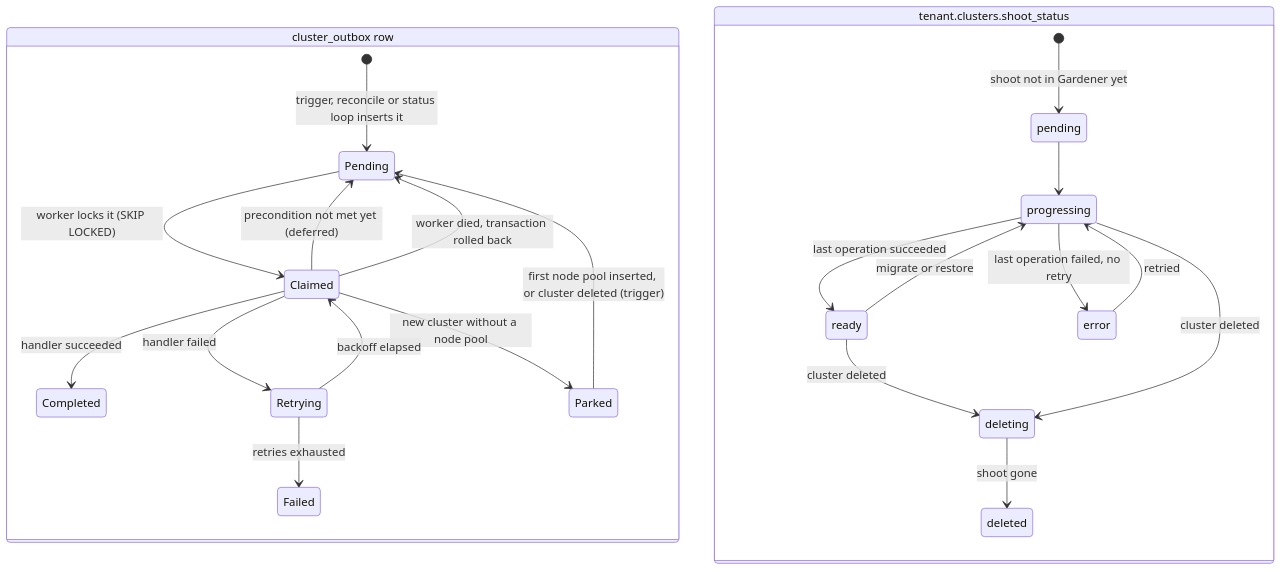
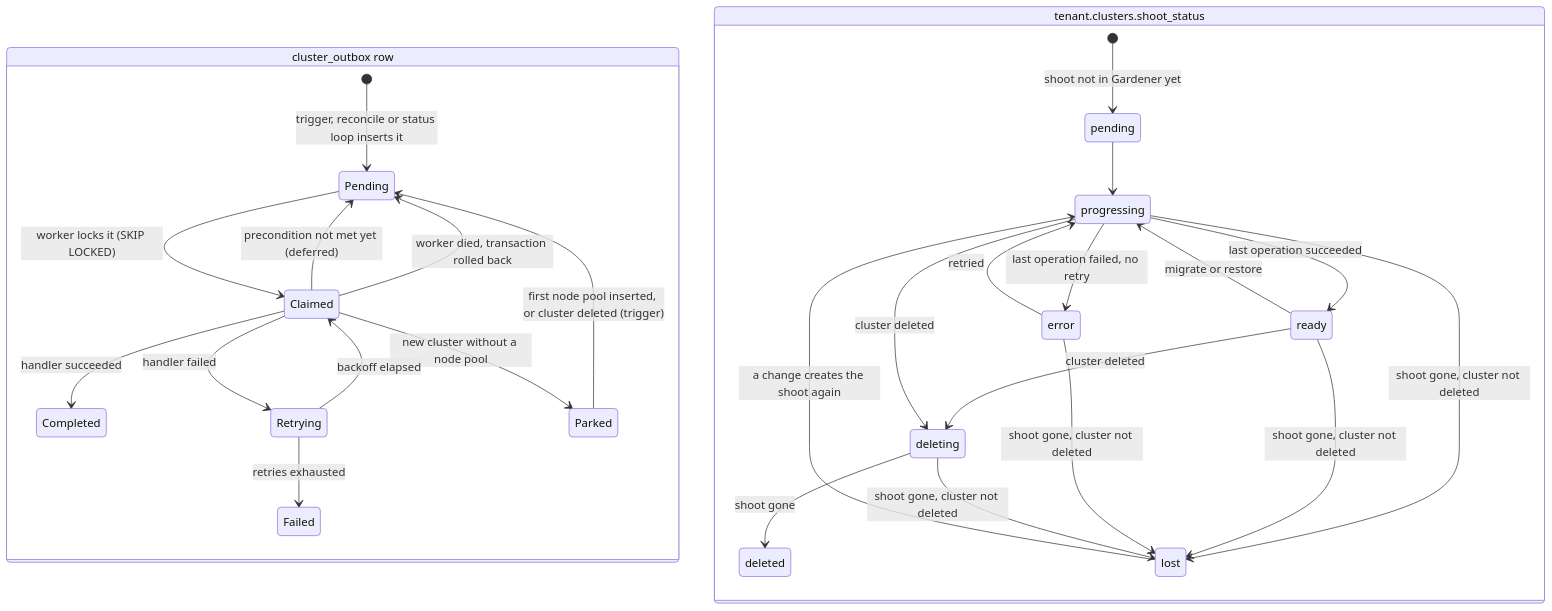
One commit to fundament-oss/fundament changed the second of 2 diagrams in cluster-worker/README.md. Above: the diagram before and after it, drawn with Mermaid. The commit also changed other lines of this file and 44 other files, not shown here.

````diff
--- a/cluster-worker/README.md
+++ b/cluster-worker/README.md
@@ -105,29 +105,34 @@
 ```mermaid
 stateDiagram-v2
     direction TB
 
     state "cluster_outbox row" as outbox {
         [*] --> Pending: trigger, reconcile or status loop inserts it
         Pending --> Claimed: worker locks it (SKIP LOCKED)
         Claimed --> Completed: handler succeeded
         Claimed --> Retrying: handler failed
         Claimed --> Pending: precondition not met yet (deferred)
         Claimed --> Parked: new cluster without a node pool
         Parked --> Pending: first node pool inserted, or cluster deleted (trigger)
         Claimed --> Pending: worker died, transaction rolled back
         Retrying --> Claimed: backoff elapsed
         Retrying --> Failed: retries exhausted
     }
 
     state "tenant.clusters.shoot_status" as status {
         [*] --> pending: shoot not in Gardener yet
         pending --> progressing
         progressing --> ready: last operation succeeded
         progressing --> error: last operation failed, no retry
         error --> progressing: retried
         ready --> progressing: migrate or restore
         ready --> deleting: cluster deleted
         progressing --> deleting: cluster deleted
         deleting --> deleted: shoot gone
+        progressing --> lost: shoot gone, cluster not deleted
+        ready --> lost: shoot gone, cluster not deleted
+        error --> lost: shoot gone, cluster not deleted
+        deleting --> lost: shoot gone, cluster not deleted
+        lost --> progressing: a change creates the shoot again
     }
 ```
````
